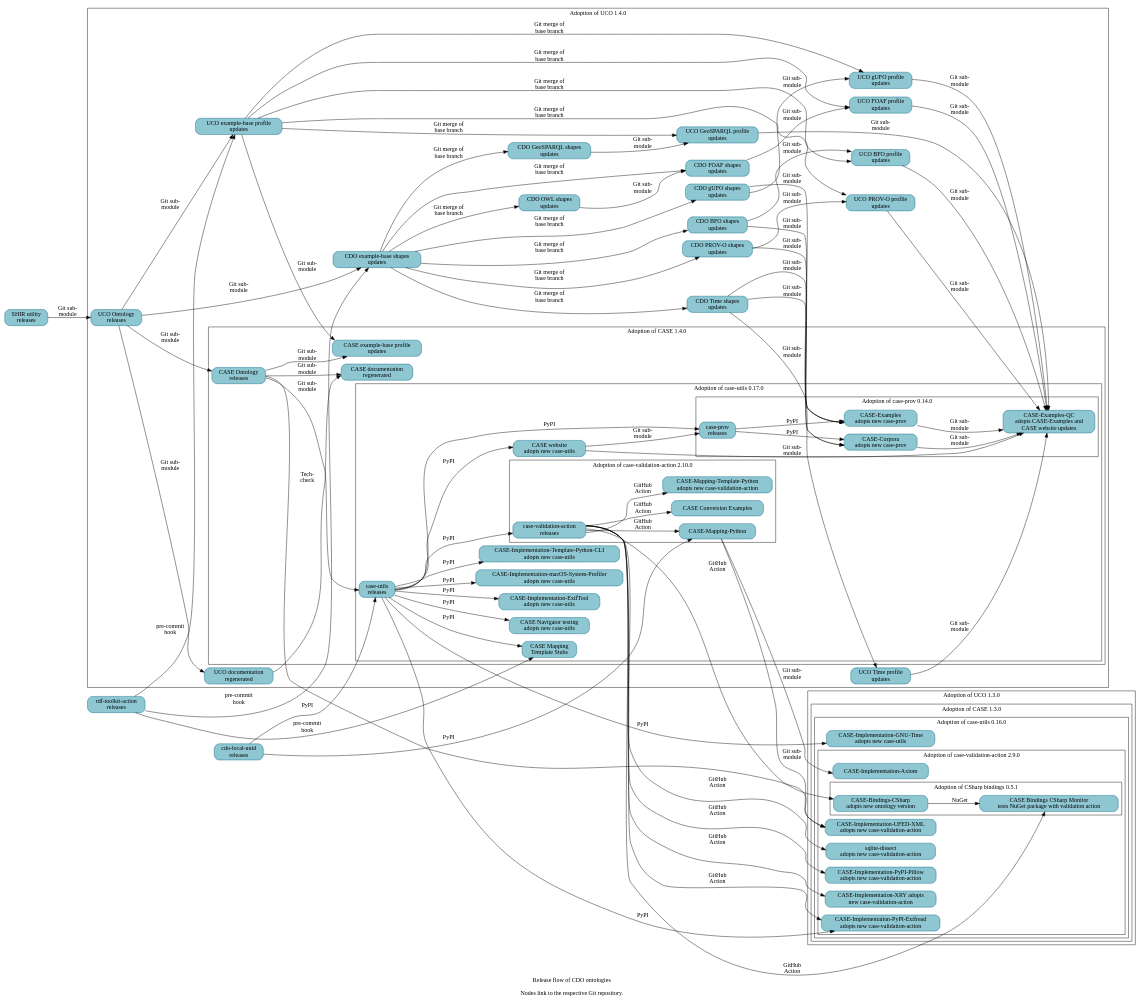
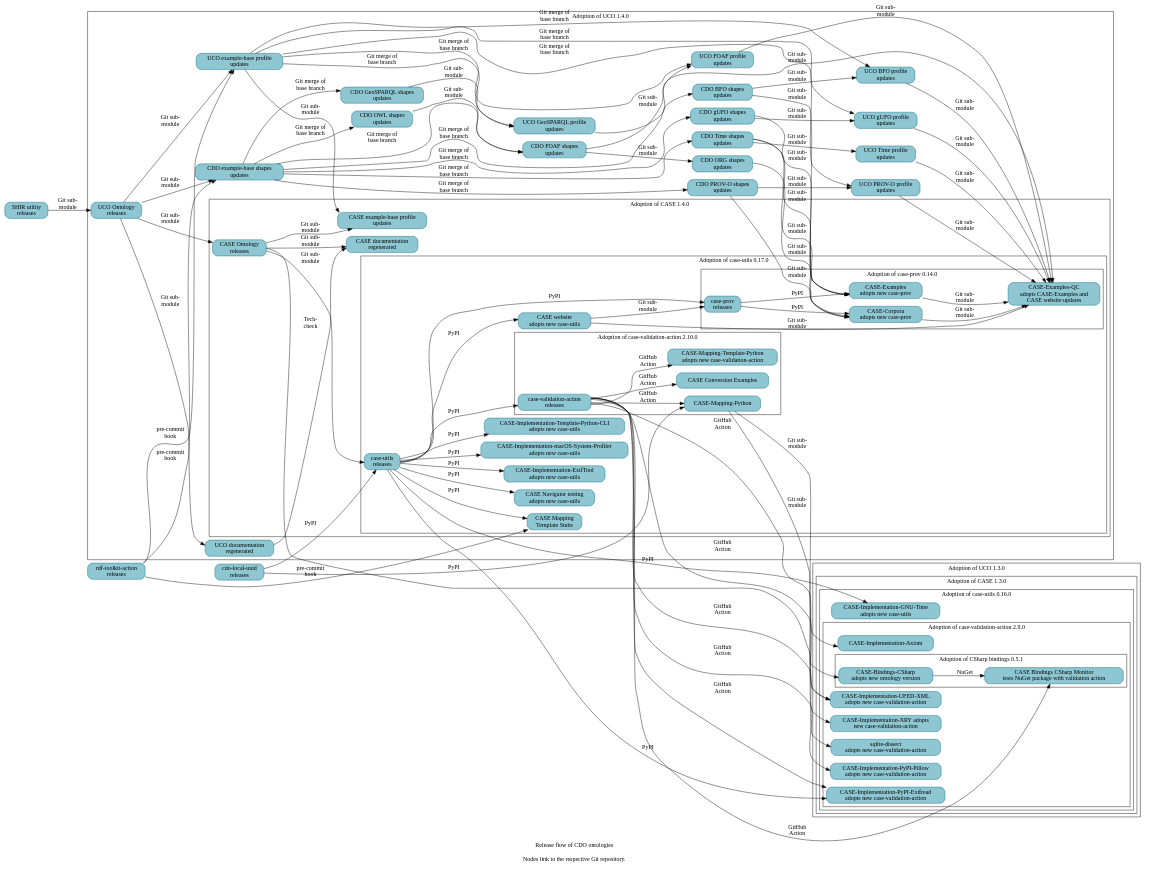
The diagram in resources/project_release_flow.dot (Cyber-Domain-Ontology/cdo.github.io), drawn with Graphviz before and after one commit.

Commit message:
Add and link CDO-Shapes-ORG
A follow-on patch will regenerate Make-managed files.

References:
* https://github.com/casework/CASE-Corpora/pull/68

```diff
--- a/resources/project_release_flow.dot
+++ b/resources/project_release_flow.dot
@@ -47,6 +47,7 @@
     _GH__CYBER_DOMAIN_ONTOLOGY__CDO_SHAPES_FOAF [URL="https://github.com/Cyber-Domain-Ontology/CDO-Shapes-FOAF" label="CDO FOAF shapes\nupdates"] ;
     _GH__CYBER_DOMAIN_ONTOLOGY__CDO_SHAPES_GEOSPARQL [URL="https://github.com/Cyber-Domain-Ontology/CDO-Shapes-GeoSPARQL" label="CDO GeoSPARQL shapes\nupdates"] ;
     _GH__CYBER_DOMAIN_ONTOLOGY__CDO_SHAPES_GUFO [URL="https://github.com/Cyber-Domain-Ontology/CDO-Shapes-gufo" label="CDO gUFO shapes\nupdates"] ;
+    _GH__CYBER_DOMAIN_ONTOLOGY__CDO_SHAPES_ORG [URL="https://github.com/Cyber-Domain-Ontology/CDO-Shapes-ORG" label="CDO ORG shapes\nupdates"] ;
     _GH__CYBER_DOMAIN_ONTOLOGY__CDO_SHAPES_OWL [URL="https://github.com/Cyber-Domain-Ontology/CDO-Shapes-OWL" label="CDO OWL shapes\nupdates"] ;
     _GH__CYBER_DOMAIN_ONTOLOGY__CDO_SHAPES_PROV_O [URL="https://github.com/Cyber-Domain-Ontology/CDO-Shapes-PROV-O" label="CDO PROV-O shapes\nupdates"] ;
     _GH__CYBER_DOMAIN_ONTOLOGY__CDO_SHAPES_TIME [URL="https://github.com/Cyber-Domain-Ontology/CDO-Shapes-Time" label="CDO Time shapes\nupdates"] ;
@@ -148,6 +149,8 @@
   _GH__CYBER_DOMAIN_ONTOLOGY__CDO_SHAPES_GUFO -> _GH__CASEWORK__CASE_EXAMPLES [label="Git sub-\nmodule"] ;
   _GH__CYBER_DOMAIN_ONTOLOGY__CDO_SHAPES_GUFO -> _GH__UCOPROJECT__UCO_PROFILE_GUFO [label="Git sub-\nmodule"] ;
   _GH__CYBER_DOMAIN_ONTOLOGY__CDO_SHAPES_OWL -> _GH__CYBER_DOMAIN_ONTOLOGY__CDO_SHAPES_FOAF [label="Git sub-\nmodule"] ;
+  _GH__CYBER_DOMAIN_ONTOLOGY__CDO_SHAPES_FOAF -> _GH__CYBER_DOMAIN_ONTOLOGY__CDO_SHAPES_ORG [label="Git sub-\nmodule"] ;
+  _GH__CYBER_DOMAIN_ONTOLOGY__CDO_SHAPES_ORG -> _GH__CASEWORK__CASE_CORPORA [label="Git sub-\nmodule"] ;
   _GH__CYBER_DOMAIN_ONTOLOGY__CDO_SHAPES_PROV_O -> _GH__CASEWORK__CASE_CORPORA [label="Git sub-\nmodule"] ;
   _GH__CYBER_DOMAIN_ONTOLOGY__CDO_SHAPES_PROV_O -> _GH__UCOPROJECT__UCO_PROFILE_PROV_O [label="Git sub-\nmodule"] ;
   _GH__CYBER_DOMAIN_ONTOLOGY__CDO_SHAPES_TIME -> _GH__CASEWORK__CASE_CORPORA [label="Git sub-\nmodule"] ;
```
